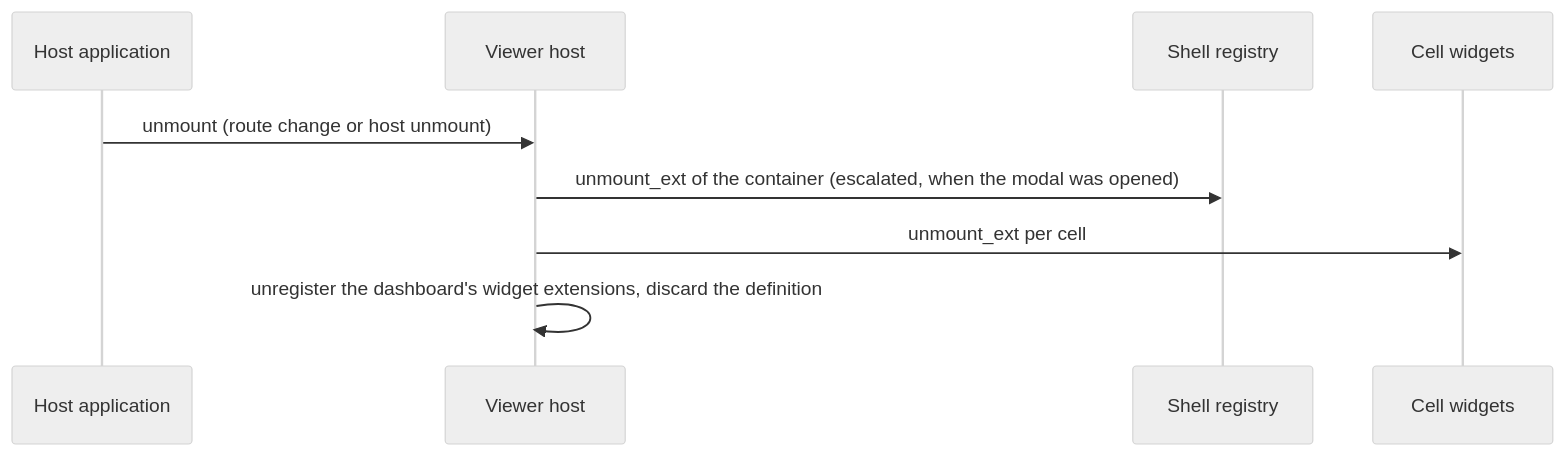
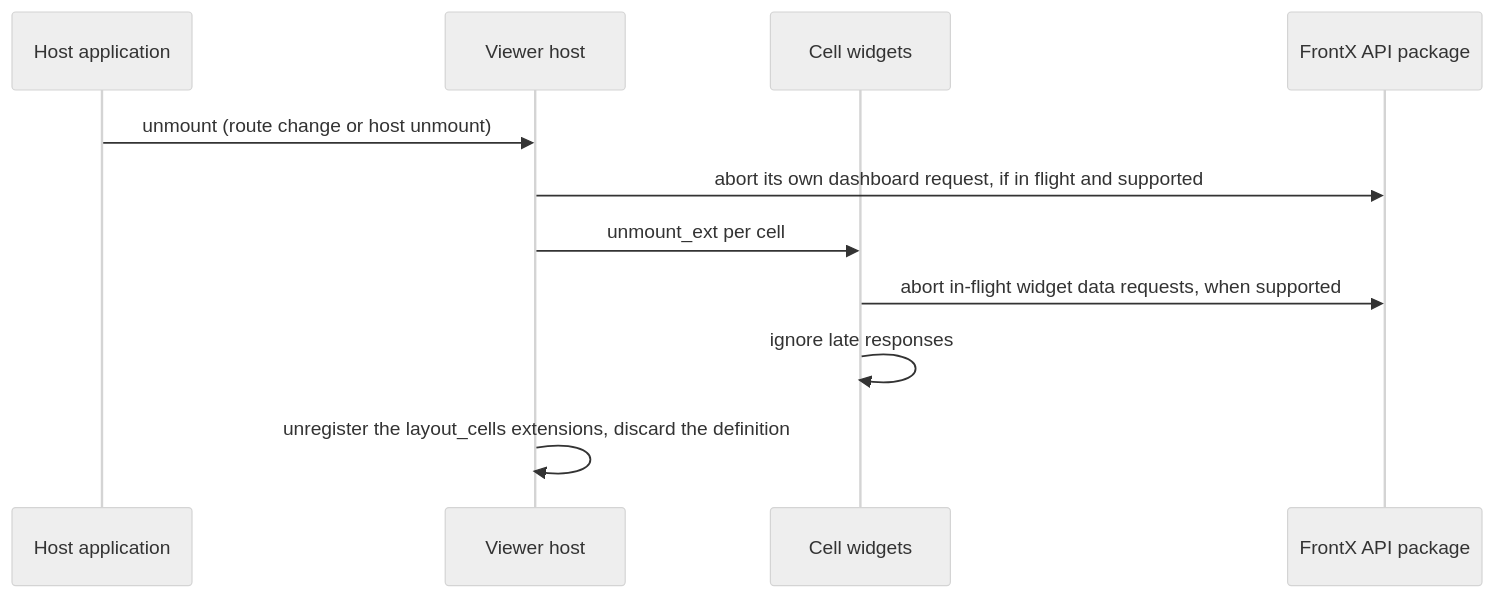
Before and after one commit to AndrejK666/gears-frontx-templates: the seventh of 8 diagrams in template-dashboard/architecture/DESIGN.md, drawn with Mermaid (neutral theme). The commit also changed other lines of this file and 22 other files, not shown here.

Commit message:
docs(template-dashboard): per-widget metric requests and widget realizations

````diff
--- a/template-dashboard/architecture/DESIGN.md
+++ b/template-dashboard/architecture/DESIGN.md
@@ -902,12 +942,14 @@
 ```mermaid
 sequenceDiagram
     participant H as Host application
     participant VH as Viewer host
-    participant SH as Shell registry
     participant CW as Cell widgets
+    participant API as FrontX API package
 
     H->>VH: unmount (route change or host unmount)
-    VH->>SH: unmount_ext of the container (escalated, when the modal was opened)
+    VH->>API: abort its own dashboard request, if in flight and supported
     VH->>CW: unmount_ext per cell
-    VH->>VH: unregister the dashboard's widget extensions, discard the definition
+    CW->>API: abort in-flight widget data requests, when supported
+    CW->>CW: ignore late responses
+    VH->>VH: unregister the layout_cells extensions, discard the definition
 ```
````
